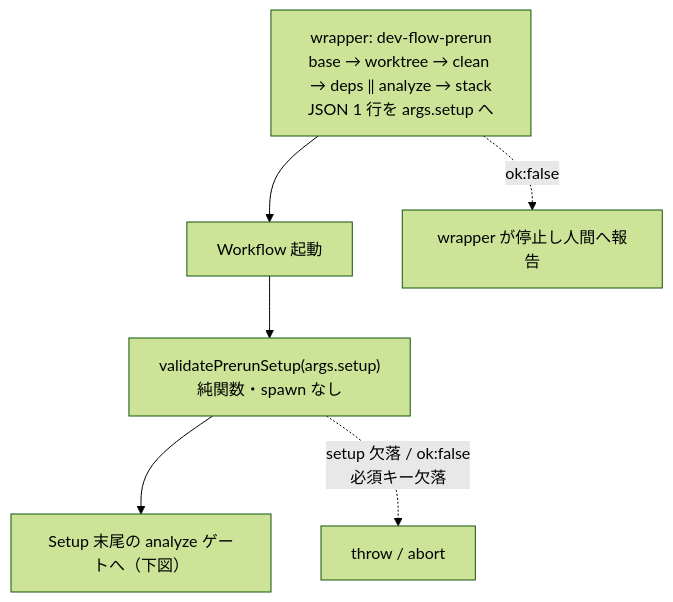
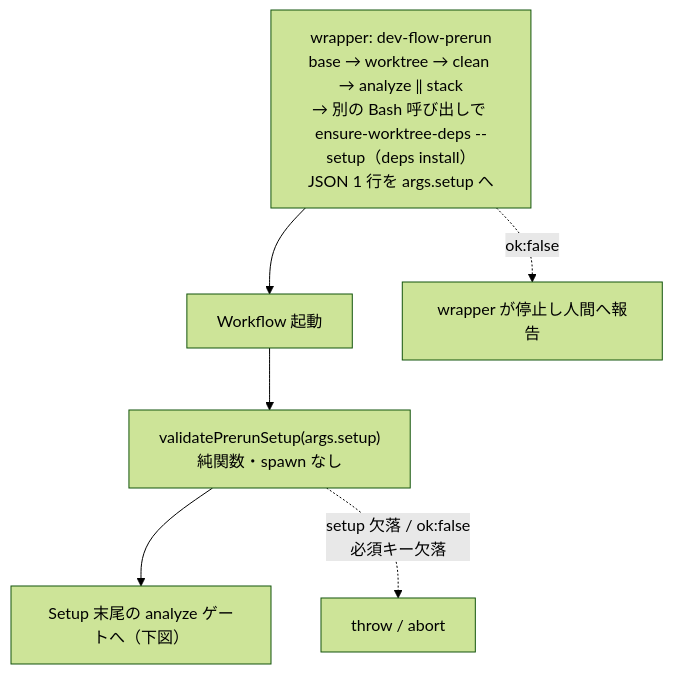
One commit to it-all-playpark/skills changed the second of 13 diagrams in docs/dev-flow-atlas.md. Above: the diagram before and after it, drawn with Mermaid (forest theme). The commit also changed other lines of this file and 6 other files, not shown here.

First line of the commit message:
docs(dev-flow): atlas / pipeline / rules / AGENTS.md の記述が実装より古い（prerun・HOLD 条件・終端 status・LITE 条件ほか） (#897) (#918)

````diff
--- a/docs/dev-flow-atlas.md
+++ b/docs/dev-flow-atlas.md
@@ -70,9 +72,9 @@
 ```mermaid
 flowchart TD
-    PR["wrapper: dev-flow-prerun<br/>base → worktree → clean → deps ‖ analyze → stack<br/>JSON 1 行を args.setup へ"] --> IN["Workflow 起動"]
+    PR["wrapper: dev-flow-prerun<br/>base → worktree → clean → analyze ‖ stack<br/>→ 別の Bash 呼び出しで ensure-worktree-deps --setup（deps install）<br/>JSON 1 行を args.setup へ"] --> IN["Workflow 起動"]
     IN --> S1["validatePrerunSetup(args.setup)<br/>純関数・spawn なし"]
     S1 --> OUT["Setup 末尾の analyze ゲートへ（下図）"]
 
     PR -.->|"ok:false"| STOP["wrapper が停止し人間へ報告"]
     S1 -.->|"setup 欠落 / ok:false<br/>必須キー欠落"| AB["throw / abort"]
 ```
````
